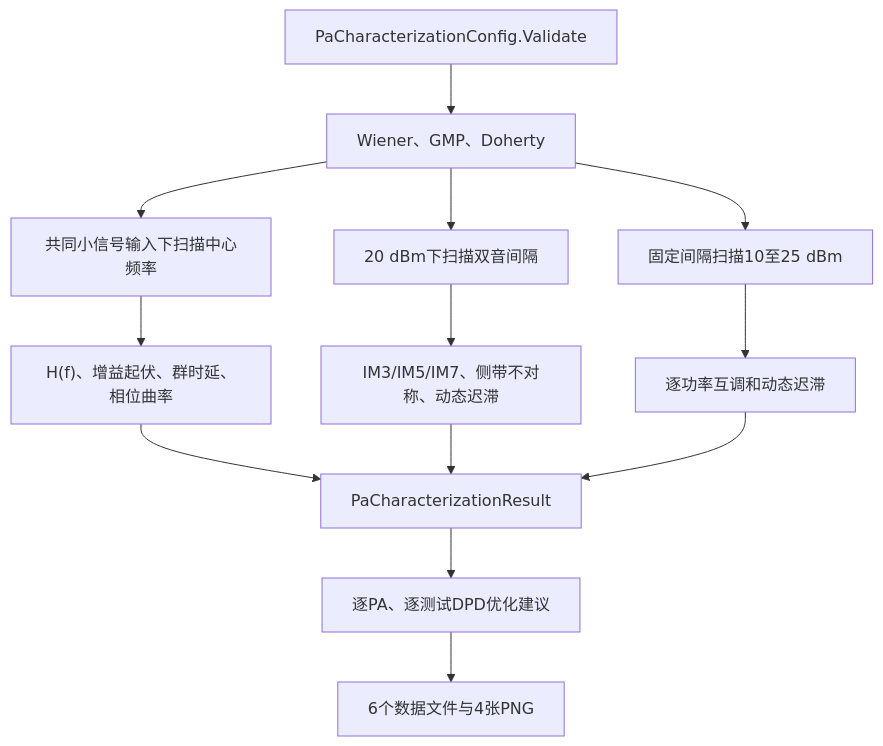
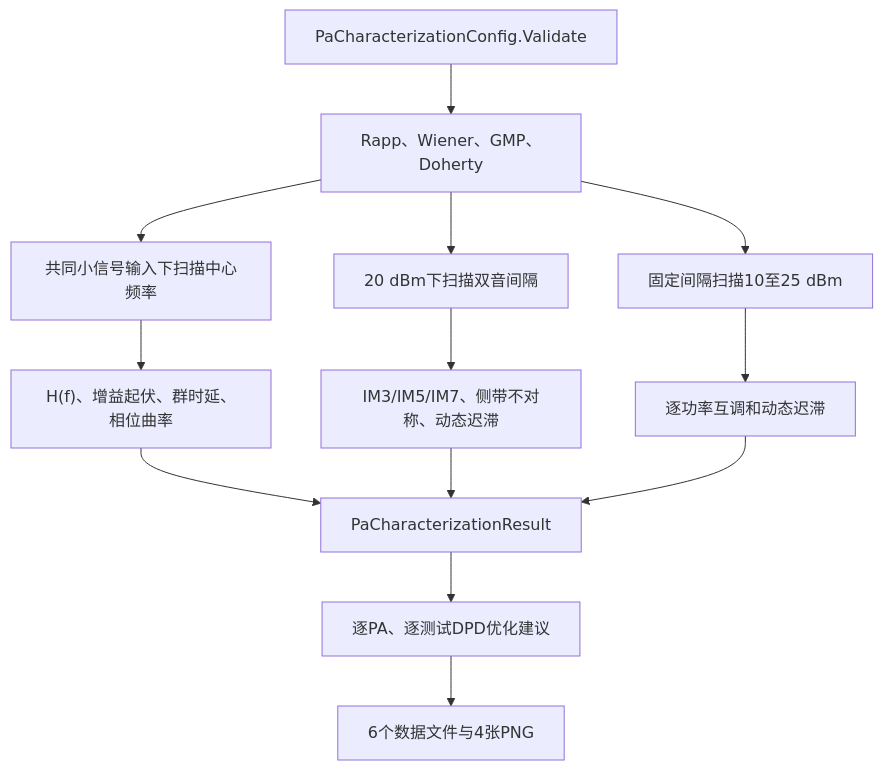
Before and after one commit to niyilu45/DPD_ILC: the seventh of 11 diagrams in doc/BenchMark.md, drawn with Mermaid. The commit also changed other lines of this file and 29 other files, not shown here.

````diff
--- a/doc/BenchMark.md
+++ b/doc/BenchMark.md
@@ -1866,15 +1866,15 @@
 ```mermaid
 flowchart TD
-    config["PaCharacterizationConfig.Validate"] --> models["Wiener、GMP、Doherty"]
+    config["PaCharacterizationConfig.Validate"] --> models["Rapp、Wiener、GMP、Doherty"]
     models --> frequency["共同小信号输入下扫描中心频率"]
     models --> spacing["20 dBm下扫描双音间隔"]
     models --> power["固定间隔扫描10至25 dBm"]
     frequency --> response["H(f)、增益起伏、群时延、相位曲率"]
     spacing --> memory["IM3/IM5/IM7、侧带不对称、动态迟滞"]
     power --> compression["逐功率互调和动态迟滞"]
     response --> result["PaCharacterizationResult"]
     memory --> result
     compression --> result
     result --> advice["逐PA、逐测试DPD优化建议"]
     advice --> files["6个数据文件与4张PNG"]
 ```
````
